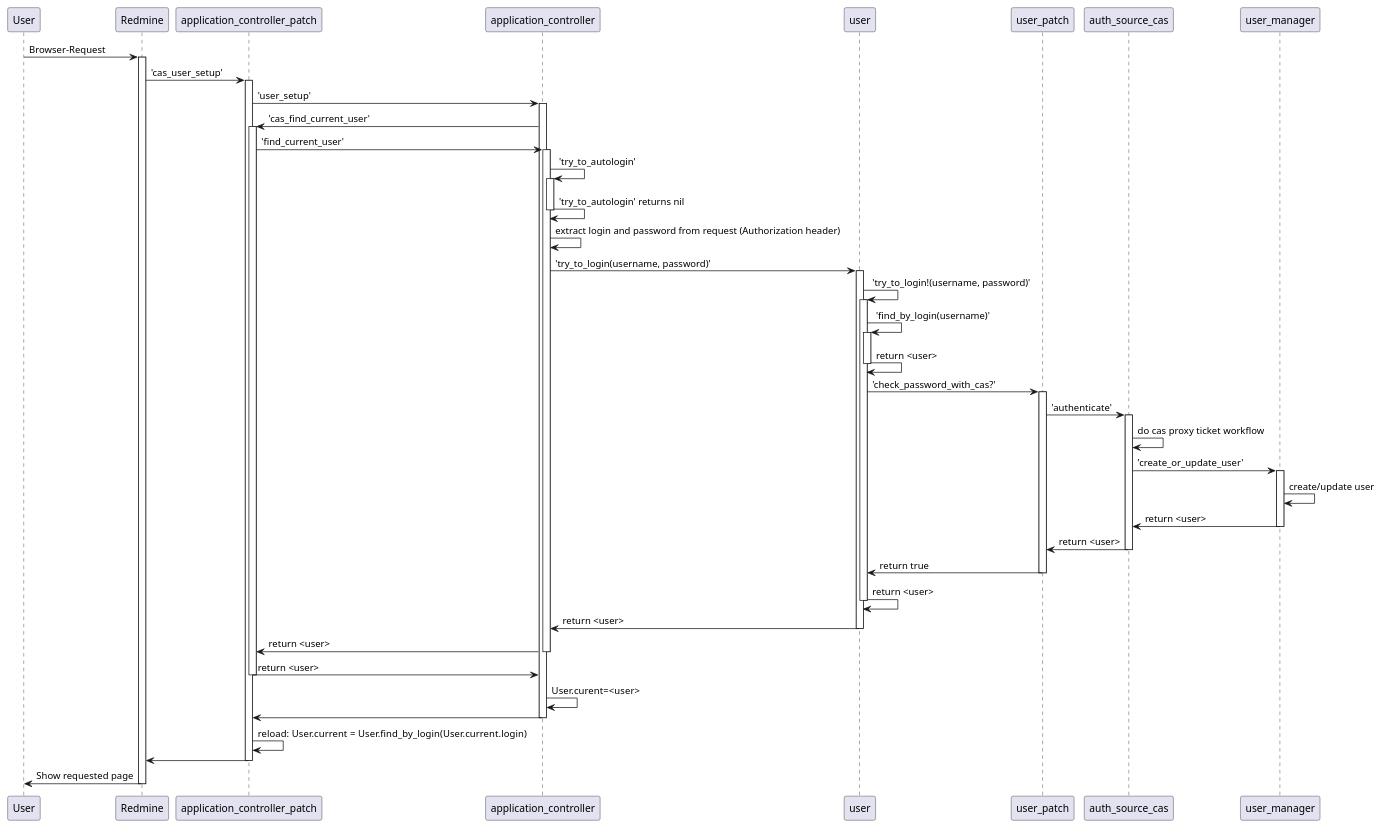
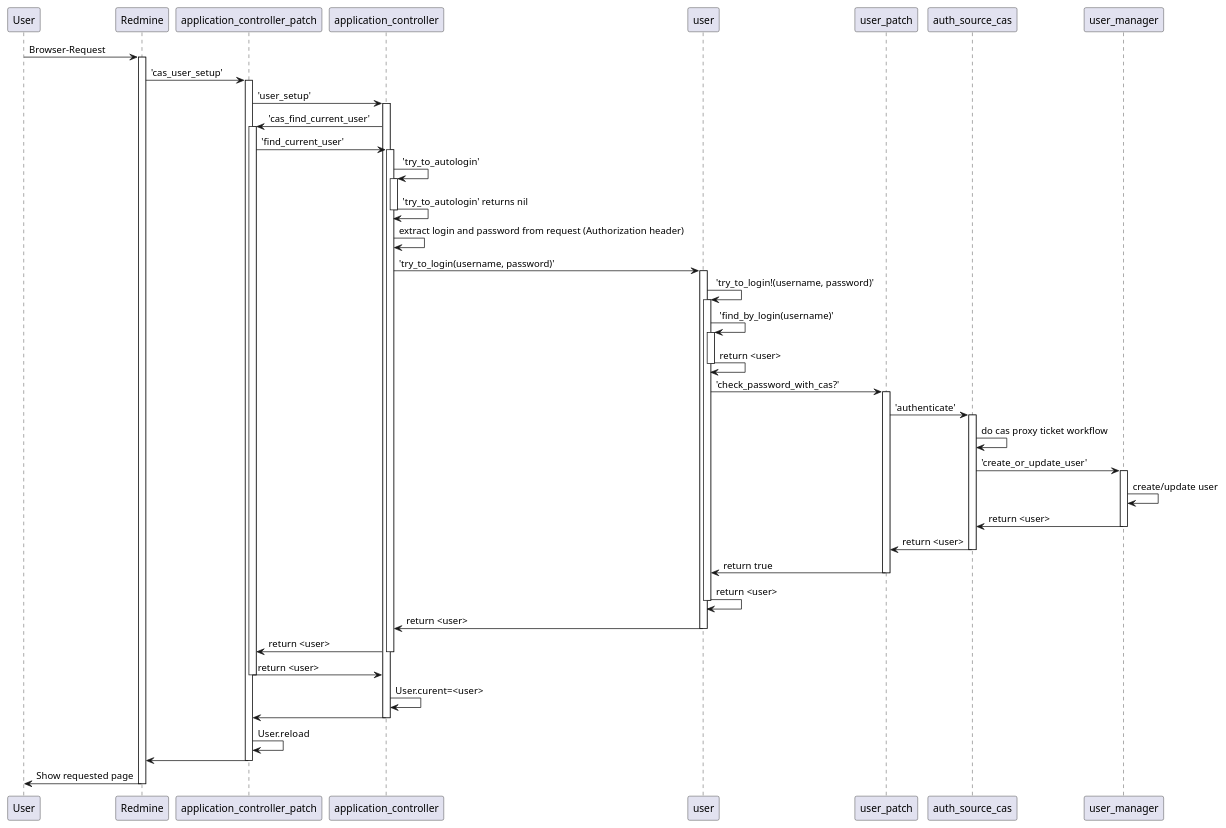
One commit to cloudogu/redmine_cas changed the diagram in docs/development/figures/cas_workflow_api.puml. Above: the diagram before and after it, drawn with PlantUML. The commit also changed other lines of this file and 4 other files, not shown here.

Commit message:
#21 Revert mechanism to reload user

```diff
--- a/docs/development/figures/cas_workflow_api.puml
+++ b/docs/development/figures/cas_workflow_api.puml
@@ -1,55 +1,55 @@
 @startuml
 User -> Redmine : Browser-Request
 activate Redmine
 Redmine -> application_controller_patch : 'cas_user_setup'
 activate application_controller_patch
 application_controller_patch -> application_controller : 'user_setup'
 activate application_controller
 application_controller -> application_controller_patch: 'cas_find_current_user'
 activate application_controller_patch
 application_controller_patch -> application_controller: 'find_current_user'
 activate application_controller
 application_controller -> application_controller: 'try_to_autologin'
 activate application_controller
 application_controller -> application_controller: 'try_to_autologin' returns nil
 deactivate application_controller
 application_controller -> application_controller: extract login and password from request (Authorization header)
 application_controller -> user: 'try_to_login(username, password)'
 activate user
 user -> user: 'try_to_login!(username, password)'
 activate user
 user -> user: 'find_by_login(username)'
 activate user
 user -> user: return <user>
 deactivate user
 user -> user_patch: 'check_password_with_cas?'
 activate user_patch
 user_patch -> auth_source_cas: 'authenticate'
 activate auth_source_cas
 auth_source_cas -> auth_source_cas: do cas proxy ticket workflow
 auth_source_cas -> user_manager: 'create_or_update_user'
 activate user_manager
 user_manager -> user_manager: create/update user
 user_manager -> auth_source_cas: return <user>
 deactivate user_manager
 auth_source_cas -> user_patch: return <user>
 deactivate auth_source_cas
 user_patch -> user: return true
 deactivate user_patch
 user -> user: return <user>
 deactivate user
 user -> application_controller: return <user>
 deactivate user
 application_controller -> application_controller_patch: return <user>
 deactivate application_controller
 application_controller_patch -> application_controller: return <user>
 deactivate application_controller_patch
 application_controller -> application_controller: User.curent=<user>
 application_controller -> application_controller_patch
 deactivate application_controller
-application_controller_patch -> application_controller_patch: reload: User.current = User.find_by_login(User.current.login)
+application_controller_patch -> application_controller_patch: User.reload
 application_controller_patch -> Redmine
 deactivate application_controller_patch
 Redmine -> User: Show requested page
 deactivate Redmine
 @enduml
```
